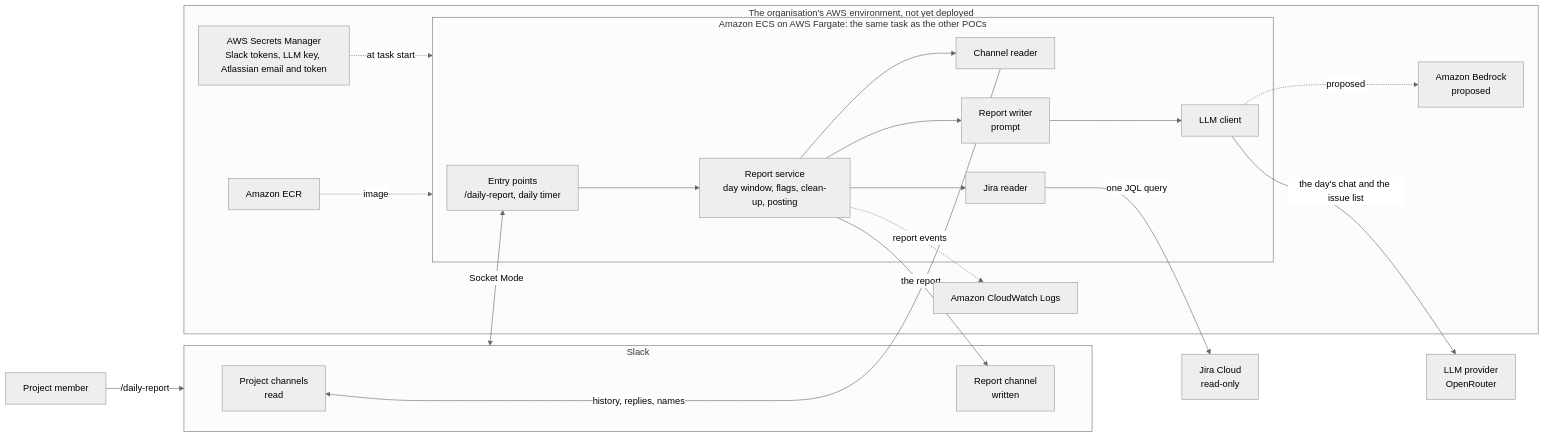
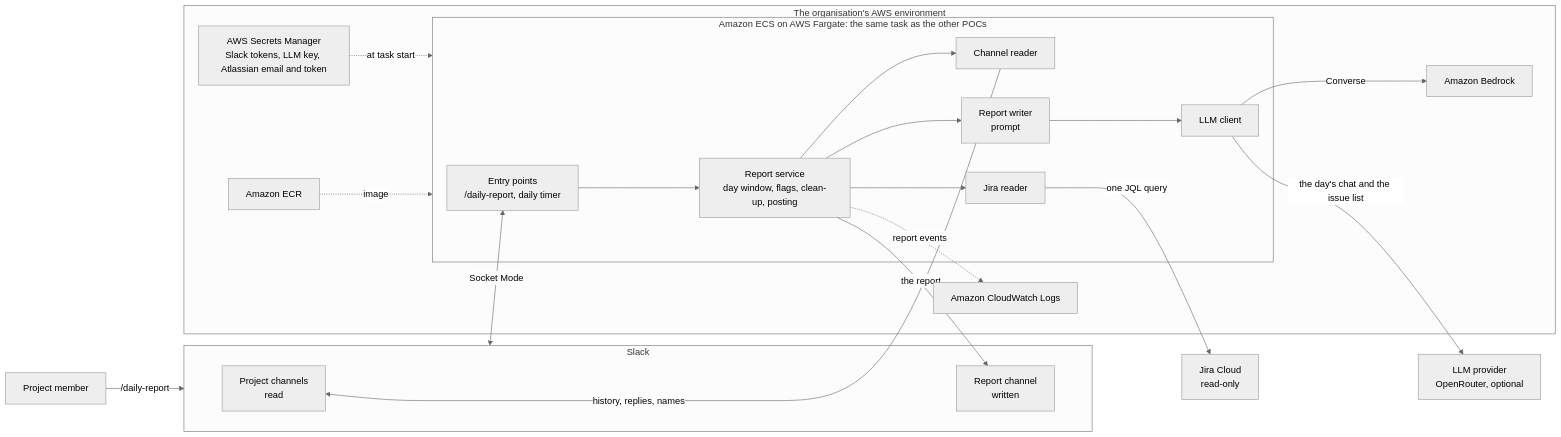
The second of 4 diagrams in docs/poc/02-daily-report.md (phuc-nt/slack-web-automation-poc), drawn with Mermaid (neutral theme) before and after one commit. The commit also changed other lines of this file and 30 other files, not shown here.

First line of the commit message:
Add Bedrock provider, AWS templates, and cost and prerequisites docs

````diff
--- a/docs/poc/02-daily-report.md
+++ b/docs/poc/02-daily-report.md
@@ -39,41 +40,41 @@
 ```mermaid
 flowchart LR
     U[Project member]
     subgraph SLK[Slack]
         SC[Project channels<br/>read]
         RC[Report channel<br/>written]
     end
     JI[Jira Cloud<br/>read-only]
-    OR[LLM provider<br/>OpenRouter]
+    OR[LLM provider<br/>OpenRouter, optional]
 
-    subgraph AWS[The organisation's AWS environment, not yet deployed]
+    subgraph AWS[The organisation's AWS environment]
         SM[AWS Secrets Manager<br/>Slack tokens, LLM key, Atlassian email and token]
         CW[Amazon CloudWatch Logs]
         ECR[Amazon ECR]
-        BR[Amazon Bedrock<br/>proposed]
+        BR[Amazon Bedrock]
         subgraph TASK[Amazon ECS on AWS Fargate: the same task as the other POCs]
             EP[Entry points<br/>/daily-report, daily timer]
             RS[Report service<br/>day window, flags, clean-up, posting]
             CR[Channel reader]
             JR[Jira reader]
             RW[Report writer<br/>prompt]
             LC[LLM client]
         end
     end
 
     U -->|/daily-report| SLK
     SLK <-->|Socket Mode| EP
     EP --> RS
     RS --> CR
     RS --> JR
     RS --> RW
     RW --> LC
     CR -->|history, replies, names| SC
     JR -->|one JQL query| JI
     LC -->|the day's chat and the issue list| OR
-    LC -.->|proposed| BR
+    LC -->|Converse| BR
     RS -->|the report| RC
     SM -.->|at task start| TASK
     ECR -.->|image| TASK
     RS -.->|report events| CW
 ```
````
